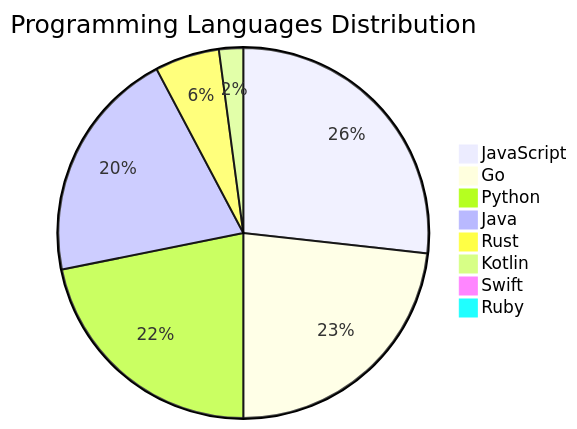
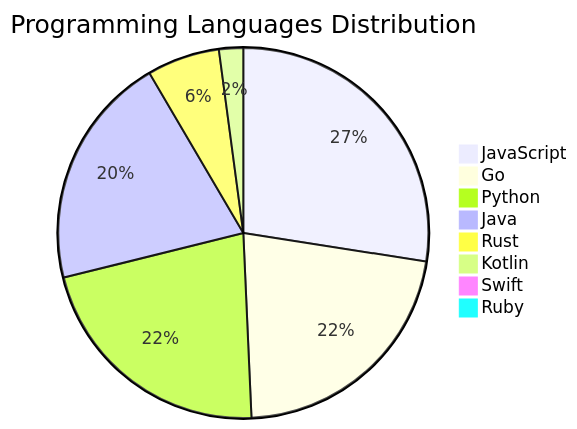
One commit to Derrick-MUGISHA/github-activity-bot changed the diagram in README.md. Above: the diagram before and after it, drawn with Mermaid. The commit also changed other lines of this file and 4 other files, not shown here.

````diff
--- a/README.md
+++ b/README.md
@@ -210,11 +210,11 @@
 ```mermaid
 pie title Programming Languages Distribution
-    "JavaScript" : 38
-    "Go" : 33
+    "JavaScript" : 39
+    "Go" : 31
     "Python" : 31
     "Java" : 29
-    "Rust" : 8
+    "Rust" : 9
     "Kotlin" : 3
     "Swift" : 1
     "Ruby" : 1
 ```
````
